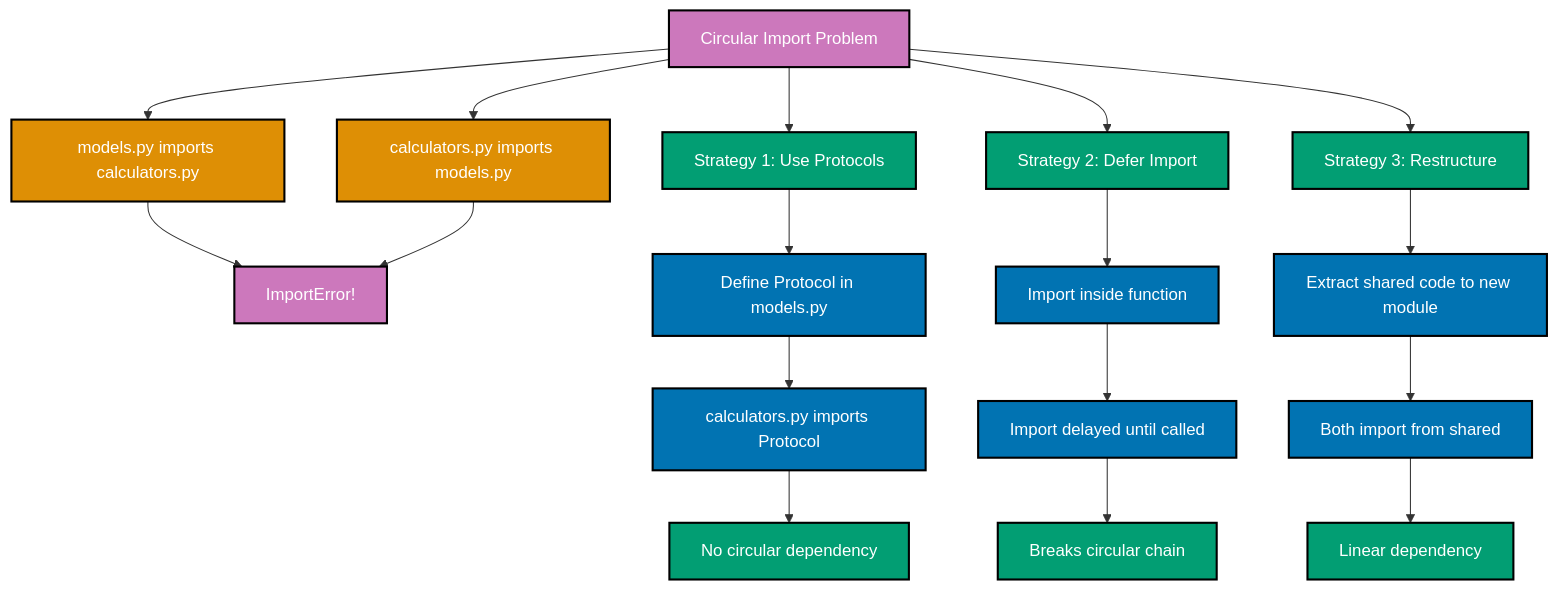
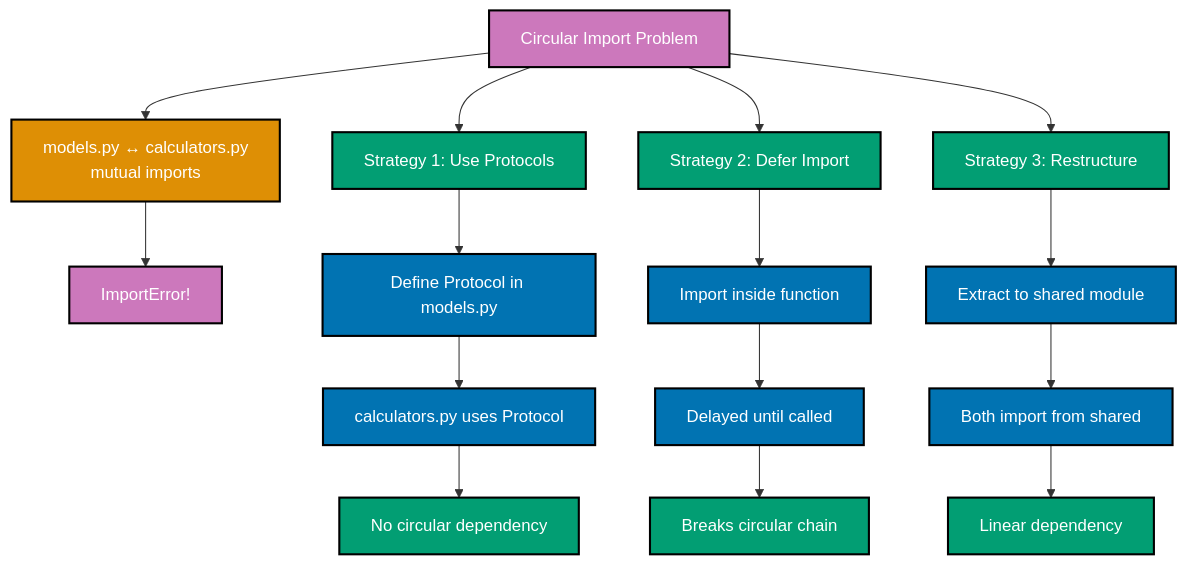
Before and after one commit to wahidyankf/open-sharia-enterprise: the fourth of 6 diagrams in docs/explanation/software-engineering/programming-languages/python/anti-patterns.md, drawn with Mermaid. The commit also changed other lines of this file and 12 other files, not shown here.

First line of the commit message:
fix(docs): fix mermaid violations in python docs

````diff
--- a/docs/explanation/software-engineering/programming-languages/python/anti-patterns.md
+++ b/docs/explanation/software-engineering/programming-languages/python/anti-patterns.md
@@ -1562,49 +1562,30 @@
 ```mermaid
 %% Color Palette: Blue #0173B2, Orange #DE8F05, Teal #029E73, Purple #CC78BC, Brown #CA9161
 graph TD
   A[Circular Import Problem]:::purple
-  B[Strategy 1: Use Protocols]:::teal
-  C[Strategy 2: Defer Import]:::teal
-  D[Strategy 3: Restructure]:::teal
-  E[models.py imports calculators.py]:::orange
-  F[calculators.py imports models.py]:::orange
   G[ImportError!]:::purple
 
-  H[Define Protocol in models.py]:::blue
-  I[calculators.py imports Protocol]:::blue
-  J[No circular dependency]:::teal
+  A --> EF["models.py ↔ calculators.py<br/>mutual imports"]:::orange
+  EF --> G
 
-  K[Import inside function]:::blue
-  L[Import delayed until called]:::blue
-  M[Breaks circular chain]:::teal
+  A --> B[Strategy 1: Use Protocols]:::teal
+  A --> C[Strategy 2: Defer Import]:::teal
+  A --> D[Strategy 3: Restructure]:::teal
 
-  N[Extract shared code to new module]:::blue
-  O[Both import from shared]:::blue
-  P[Linear dependency]:::teal
+  B --> H[Define Protocol in models.py]:::blue
+  H --> I[calculators.py uses Protocol]:::blue
+  I --> J[No circular dependency]:::teal
 
-  A --> E
-  A --> F
-  E --> G
-  F --> G
+  C --> K[Import inside function]:::blue
+  K --> L[Delayed until called]:::blue
+  L --> M[Breaks circular chain]:::teal
 
-  A --> B
-  A --> C
-  A --> D
-
-  B --> H
-  H --> I
-  I --> J
-
-  C --> K
-  K --> L
-  L --> M
-
-  D --> N
-  N --> O
-  O --> P
+  D --> N[Extract to shared module]:::blue
+  N --> O[Both import from shared]:::blue
+  O --> P[Linear dependency]:::teal
 
   classDef blue fill:#0173B2,stroke:#000000,color:#FFFFFF,stroke-width:2px
   classDef orange fill:#DE8F05,stroke:#000000,color:#FFFFFF,stroke-width:2px
   classDef teal fill:#029E73,stroke:#000000,color:#FFFFFF,stroke-width:2px
   classDef purple fill:#CC78BC,stroke:#000000,color:#FFFFFF,stroke-width:2px
 ```
````
